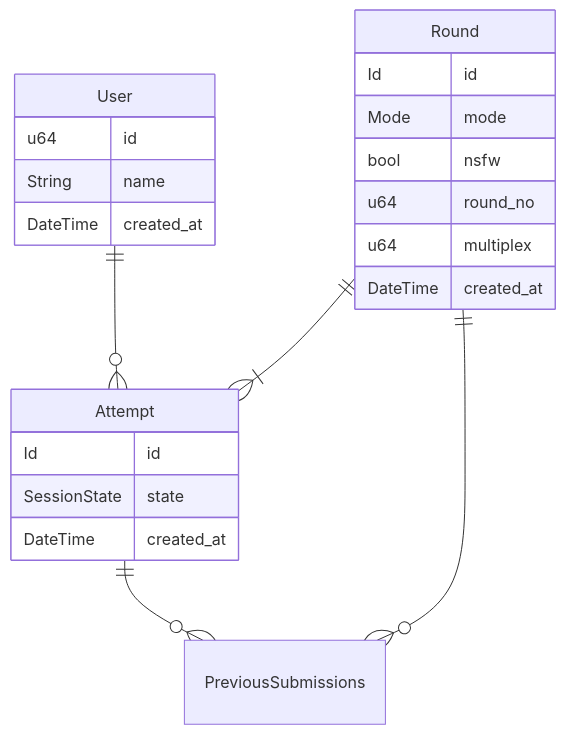
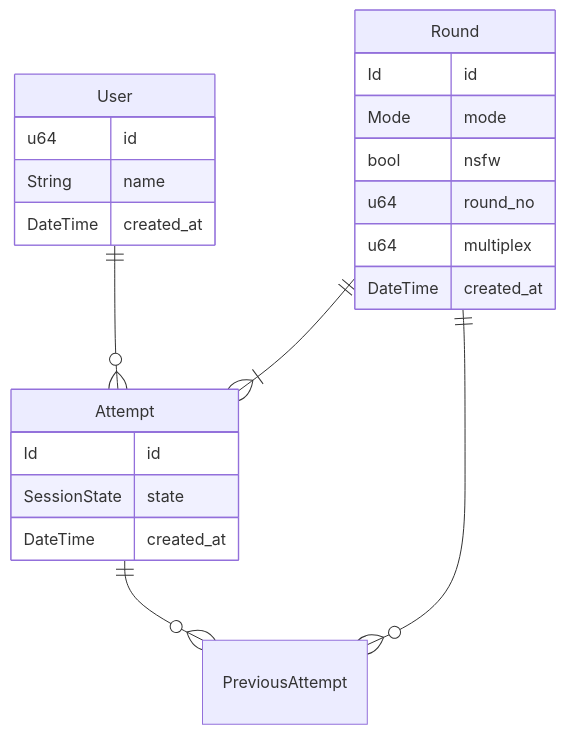
Before and after one commit to MiniaczQ/gartic-on-demand: the first of 2 diagrams in FLOW.md, drawn with Mermaid. The commit also changed other lines of this file and 17 other files, not shown here.

````diff
--- a/FLOW.md
+++ b/FLOW.md
@@ -15,27 +15,27 @@
 ```mermaid
 erDiagram
     User ||--o{ Attempt: ""
-    Attempt ||--o{ PreviousSubmissions: ""
+    Attempt ||--o{ PreviousAttempt: ""
     Round ||--|{ Attempt: ""
-    Round ||--o{ PreviousSubmissions: ""
+    Round ||--o{ PreviousAttempt: ""
 
     User {
         u64 id
         String name
         DateTime created_at
     }
     Attempt {
         Id id
         SessionState state
         DateTime created_at
     }
-    PreviousSubmissions {}
+    PreviousAttempt {}
     Round {
         Id id
         Mode mode
         bool nsfw
         u64 round_no
         u64 multiplex
         DateTime created_at
     }
 ```
````
